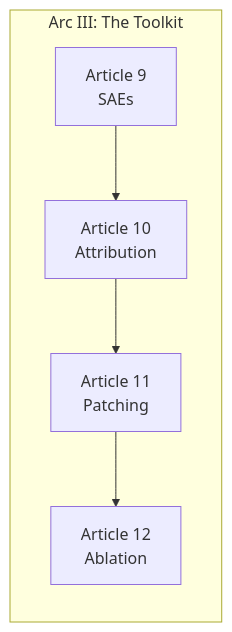
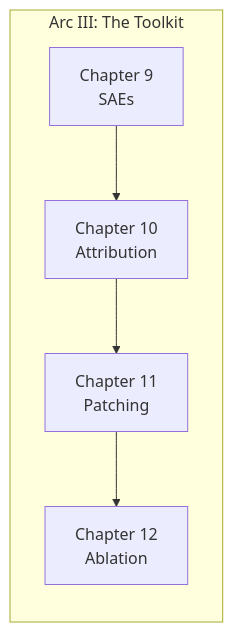
Before and after one commit to ttsugriy/mechinterp-first-principles: the first of 2 diagrams in articles/arc3-summary.qmd, drawn with Mermaid. The commit also changed other lines of this file and 19 other files, not shown here.

First line of the commit message:
Rename 'Article' to 'Chapter' throughout the book

````diff
--- a/articles/arc3-summary.qmd
+++ b/articles/arc3-summary.qmd
@@ -15,9 +15,9 @@
 ```{mermaid}
 %%| fig-width: 9
 flowchart LR
     subgraph ARC3["Arc III: The Toolkit"]
-        A9["Article 9<br/>SAEs"] --> A10["Article 10<br/>Attribution"]
-        A10 --> A11["Article 11<br/>Patching"]
-        A11 --> A12["Article 12<br/>Ablation"]
+        A9["Chapter 9<br/>SAEs"] --> A10["Chapter 10<br/>Attribution"]
+        A10 --> A11["Chapter 11<br/>Patching"]
+        A11 --> A12["Chapter 12<br/>Ablation"]
     end
 ```
````
